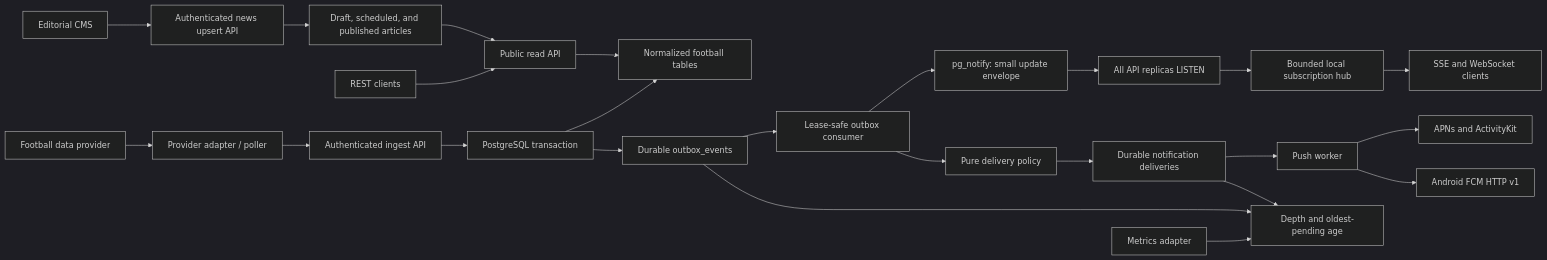
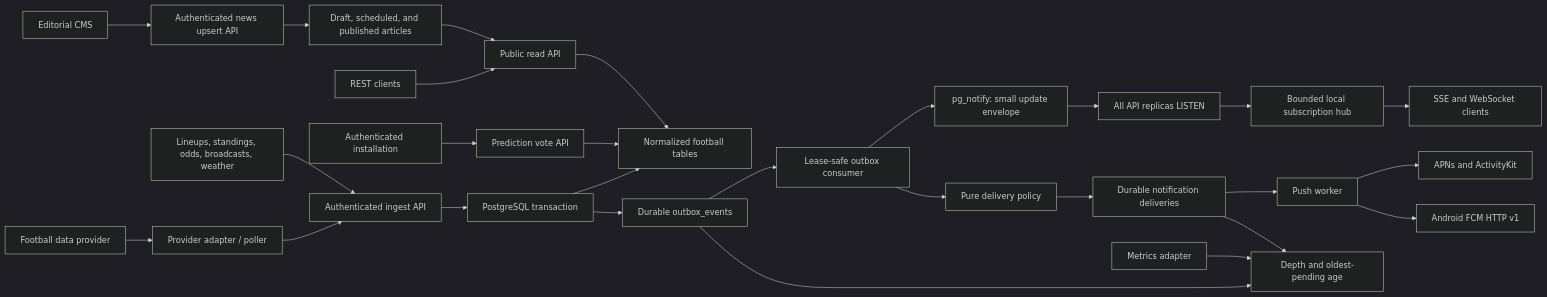
One commit to pabloadvisory/ssb-backend changed the diagram in docs/architecture.md. Above: the diagram before and after it, drawn with Mermaid (dark theme). The commit also changed other lines of this file and 28 other files, not shown here.

````diff
--- a/docs/architecture.md
+++ b/docs/architecture.md
@@ -32,26 +32,29 @@
 ```mermaid
 flowchart LR
     Provider["Football data provider"] --> Adapter["Provider adapter / poller"]
     Adapter --> Ingest["Authenticated ingest API"]
     Ingest --> TX["PostgreSQL transaction"]
     TX --> Core["Normalized football tables"]
     TX --> Outbox["Durable outbox_events"]
     Outbox --> Consumer["Lease-safe outbox consumer"]
     Consumer --> Notify["pg_notify: small update envelope"]
     Notify --> Replicas["All API replicas LISTEN"]
     Replicas --> Hub["Bounded local subscription hub"]
     Hub --> SSE["SSE and WebSocket clients"]
     Consumer --> Policy["Pure delivery policy"]
     Policy --> Queue["Durable notification deliveries"]
     Queue --> PushWorker["Push worker"]
     PushWorker --> APNs["APNs and ActivityKit"]
     PushWorker --> FCM["Android FCM HTTP v1"]
     Metrics["Metrics adapter"] --> QueueHealth["Depth and oldest-pending age"]
     Outbox --> QueueHealth
     Queue --> QueueHealth
     Clients["REST clients"] --> ReadAPI["Public read API"]
     ReadAPI --> Core
+    Installation["Authenticated installation"] --> PredictionAPI["Prediction vote API"]
+    PredictionAPI --> Core
+    Coverage["Lineups, standings, odds, broadcasts, weather"] --> Ingest
     CMS["Editorial CMS"] --> EditorialAPI["Authenticated news upsert API"]
     EditorialAPI --> News["Draft, scheduled, and published articles"]
     News --> ReadAPI
 ```
````
